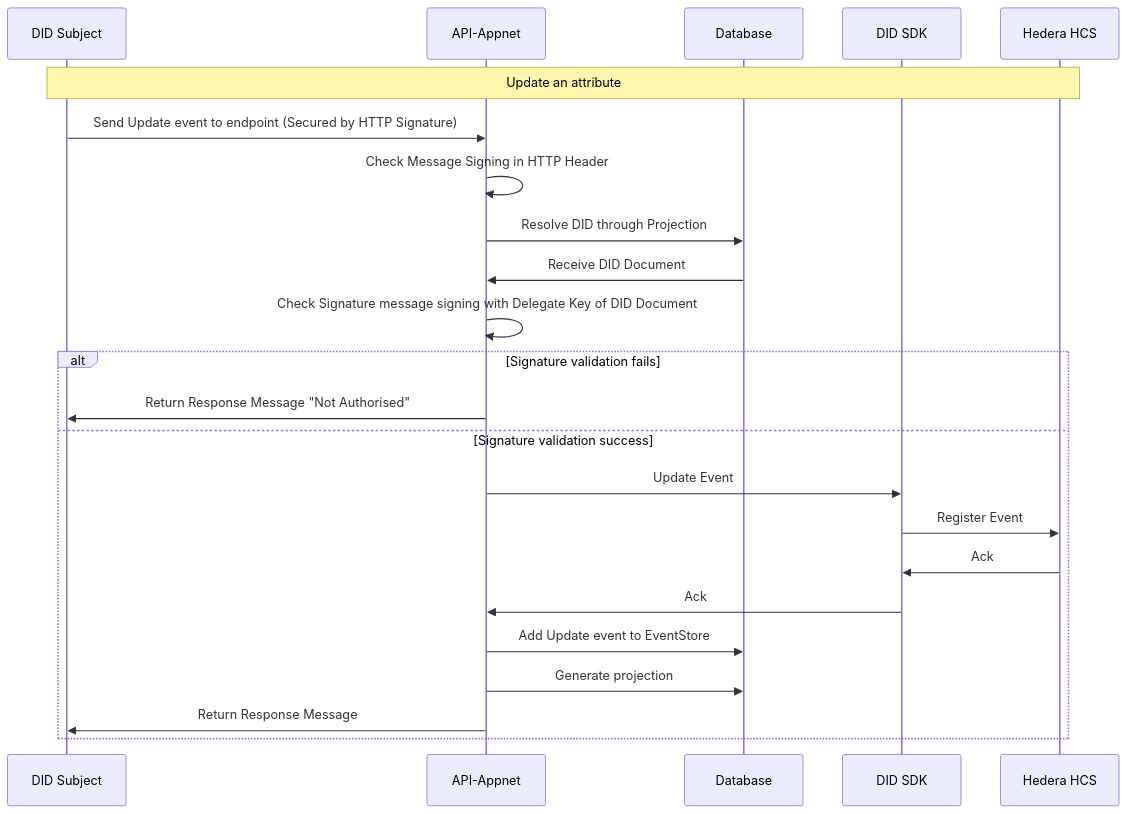
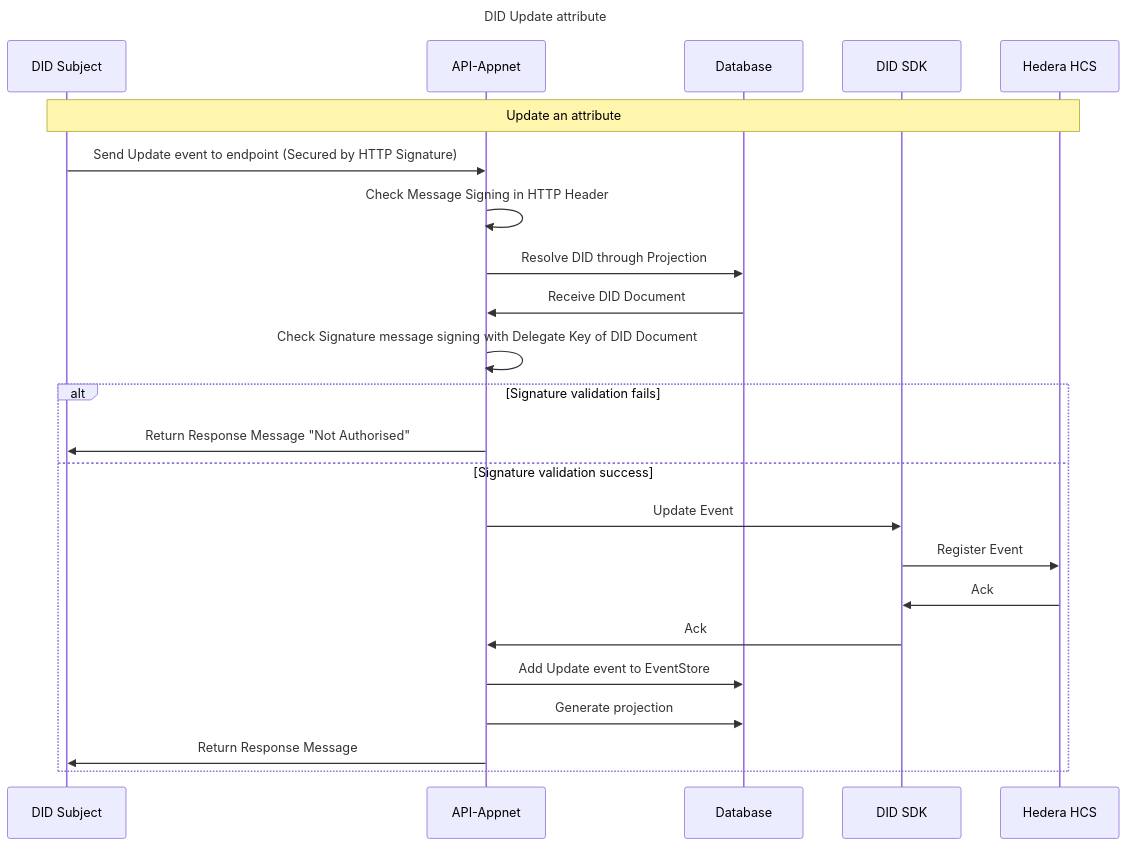
Before and after one commit to Meeco/hedera-did-identity-network: the diagram in documentation/diagrams/did-update-attribute.mmd, drawn with Mermaid. The commit also changed 8 other files, not shown here.

Commit message:
style: Add titles to the diagrams.

```diff
--- a/documentation/diagrams/did-update-attribute.mmd
+++ b/documentation/diagrams/did-update-attribute.mmd
@@ -1,25 +1,26 @@
 sequenceDiagram
+Title: DID Update attribute
 
 participant Subject as DID Subject
 participant API as API-Appnet
 participant Database as Database
 participant DIDSDK as DID SDK
 participant HCS as Hedera HCS
 
 note over Subject,HCS: Update an attribute
 Subject ->> API: Send Update event to endpoint (Secured by HTTP Signature)
 API ->> API: Check Message Signing in HTTP Header
 API ->> Database: Resolve DID through Projection
 Database ->> API: Receive DID Document
 API ->> API: Check Signature message signing with Delegate Key of DID Document
 alt Signature validation fails
 API ->> Subject: Return Response Message "Not Authorised"
 else Signature validation success
 API ->> DIDSDK: Update Event
 DIDSDK ->> HCS: Register Event
 HCS ->> DIDSDK: Ack
 DIDSDK ->> API: Ack
 API ->> Database: Add Update event to EventStore
 API ->> Database: Generate projection
 API ->> Subject: Return Response Message
 end
```
